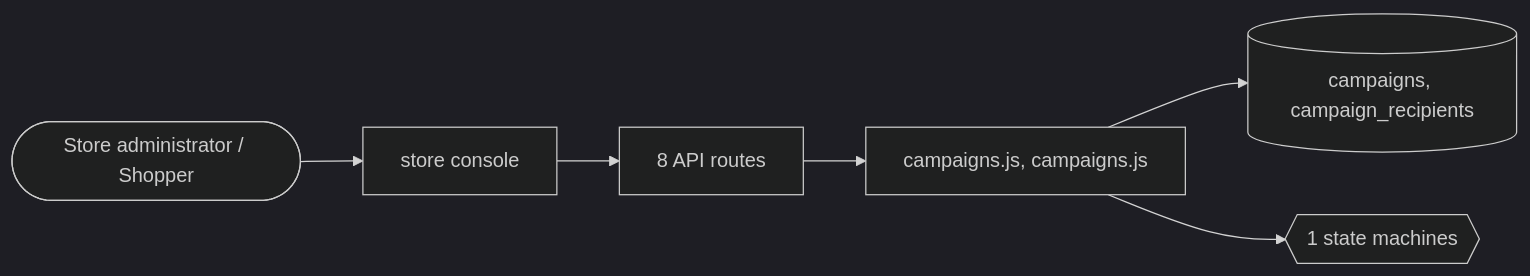
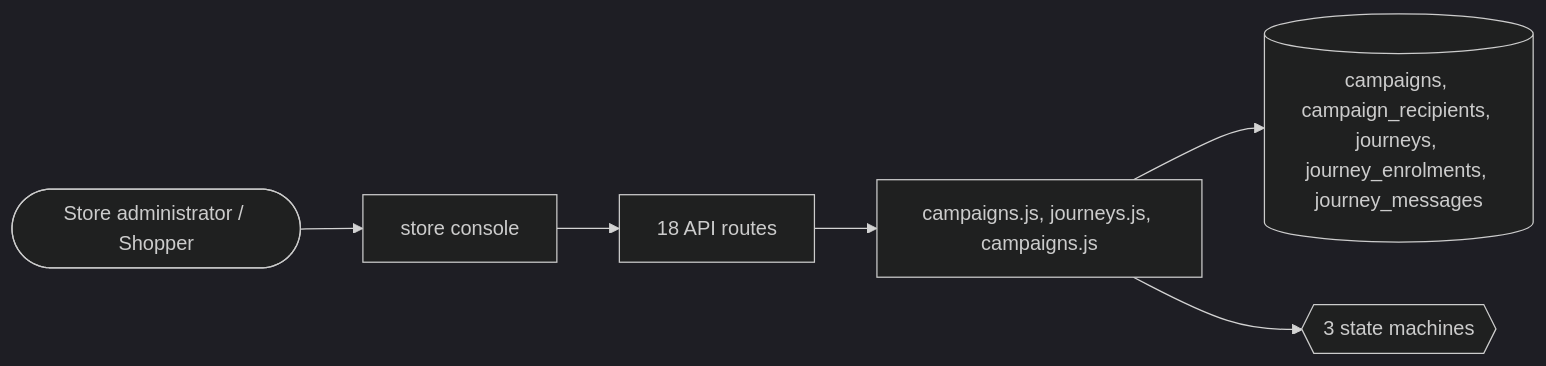
The fourth of 4 diagrams in docs/domains/campaigns.md (echelonxventures-Projects/universal-product), drawn with Mermaid (dark theme) before and after one commit. The commit also changed other lines of this file and 34 other files, not shown here.

First line of the commit message:
feat(campaigns): journeys triggered by events or delays, open and click tracking

````diff
--- a/docs/domains/campaigns.md
+++ b/docs/domains/campaigns.md
@@ -102,8 +213,8 @@
 ```mermaid
 flowchart LR
   U([Store administrator / Shopper]) --> UI[store console]
-  UI --> API[8 API routes]
-  API --> ENG[campaigns.js, campaigns.js]
-  ENG --> DB[(campaigns, campaign_recipients)]
-  ENG --> SM{{1 state machines}}
+  UI --> API[18 API routes]
+  API --> ENG[campaigns.js, journeys.js, campaigns.js]
+  ENG --> DB[(campaigns, campaign_recipients, journeys, journey_enrolments, journey_messages)]
+  ENG --> SM{{3 state machines}}
 ```
````
